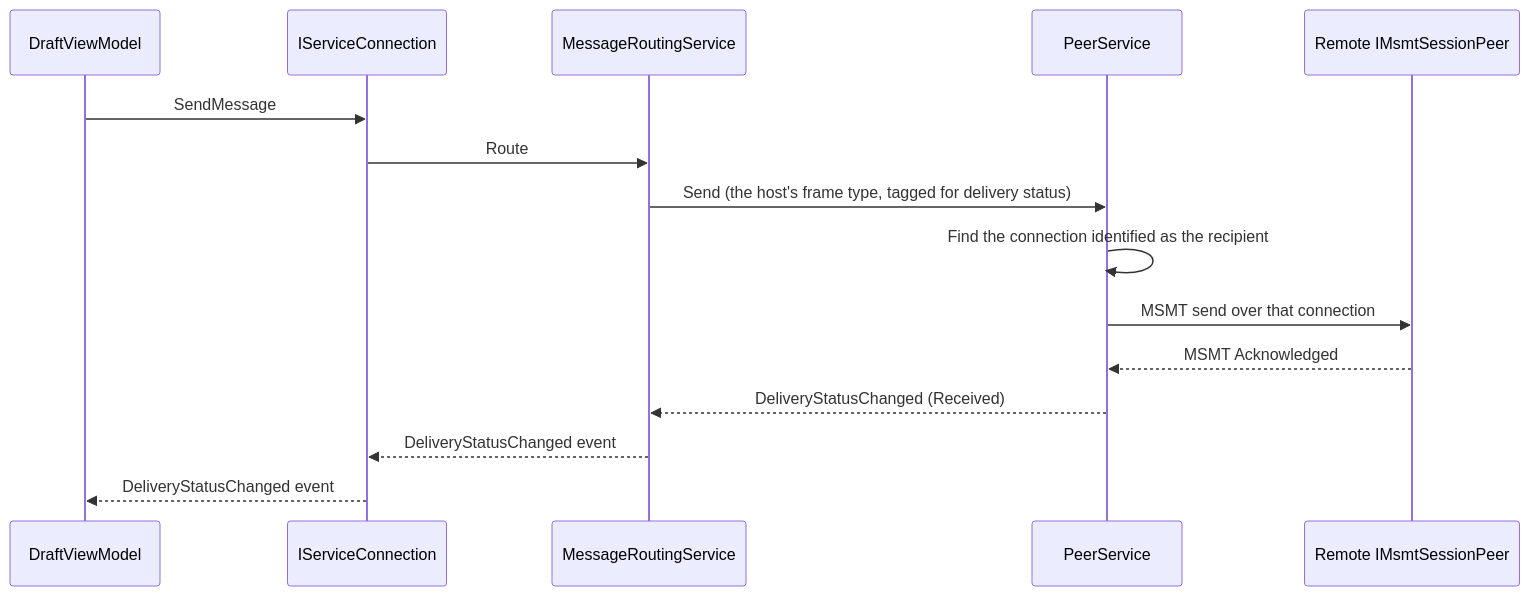
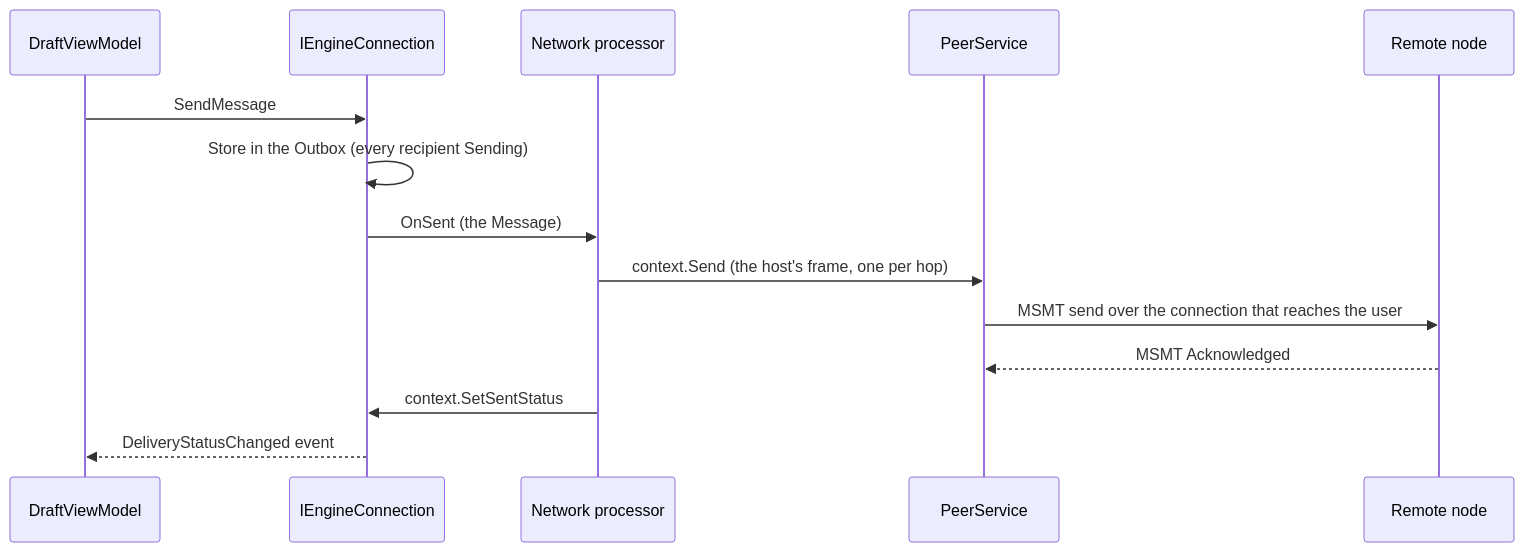
Before and after one commit to Blue-Heighliner/Comlink: the second of 5 diagrams in Docs/Architecture.md, drawn with Mermaid. The commit also changed other lines of this file and 316 other files, not shown here.

````diff
--- a/Docs/Architecture.md
+++ b/Docs/Architecture.md
@@ -70,17 +70,16 @@
 ```mermaid
 sequenceDiagram
     participant DVM as DraftViewModel
-    participant SC as IServiceConnection
-    participant MRS as MessageRoutingService
+    participant SC as IEngineConnection
+    participant NP as Network processor
     participant PS as PeerService
-    participant RP as Remote IMsmtSessionPeer
+    participant RP as Remote node
     DVM->>SC: SendMessage
-    SC->>MRS: Route
-    MRS->>PS: Send (the host's frame type, tagged for delivery status)
-    PS->>PS: Find the connection identified as the recipient
-    PS->>RP: MSMT send over that connection
+    SC->>SC: Store in the Outbox (every recipient Sending)
+    SC->>NP: OnSent (the Message)
+    NP->>PS: context.Send (the host's frame, one per hop)
+    PS->>RP: MSMT send over the connection that reaches the user
     RP-->>PS: MSMT Acknowledged
-    PS-->>MRS: DeliveryStatusChanged (Received)
-    MRS-->>SC: DeliveryStatusChanged event
+    NP->>SC: context.SetSentStatus
     SC-->>DVM: DeliveryStatusChanged event
 ```
````
